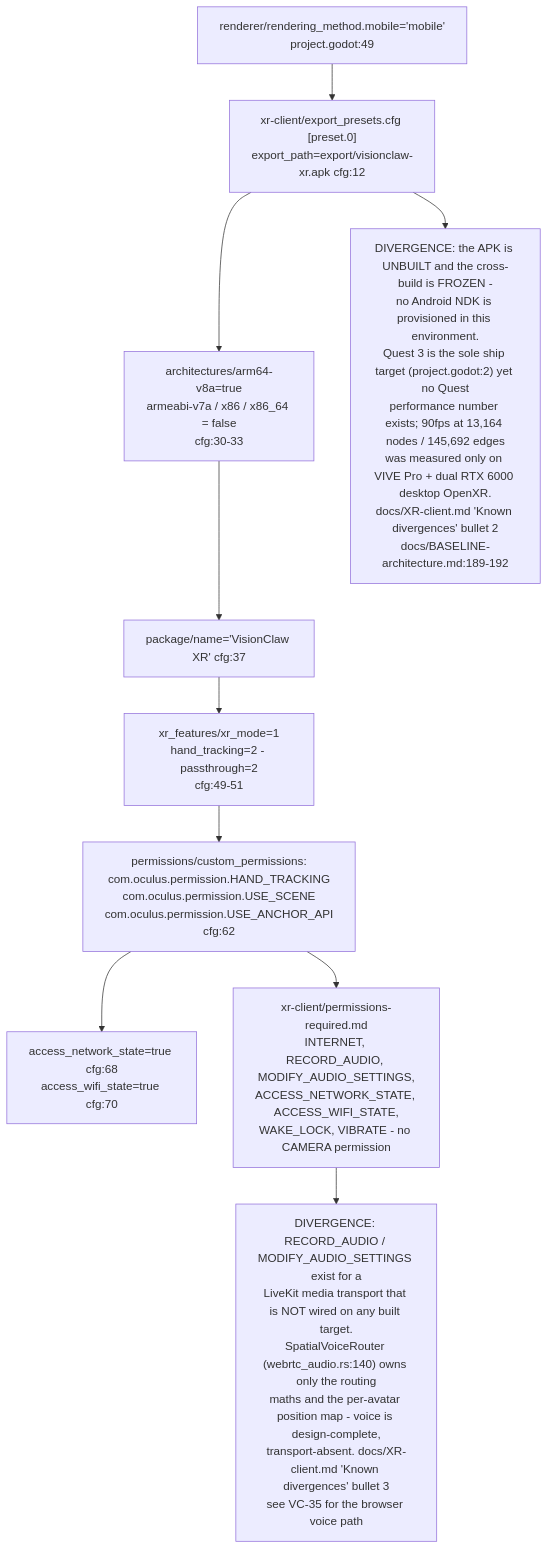
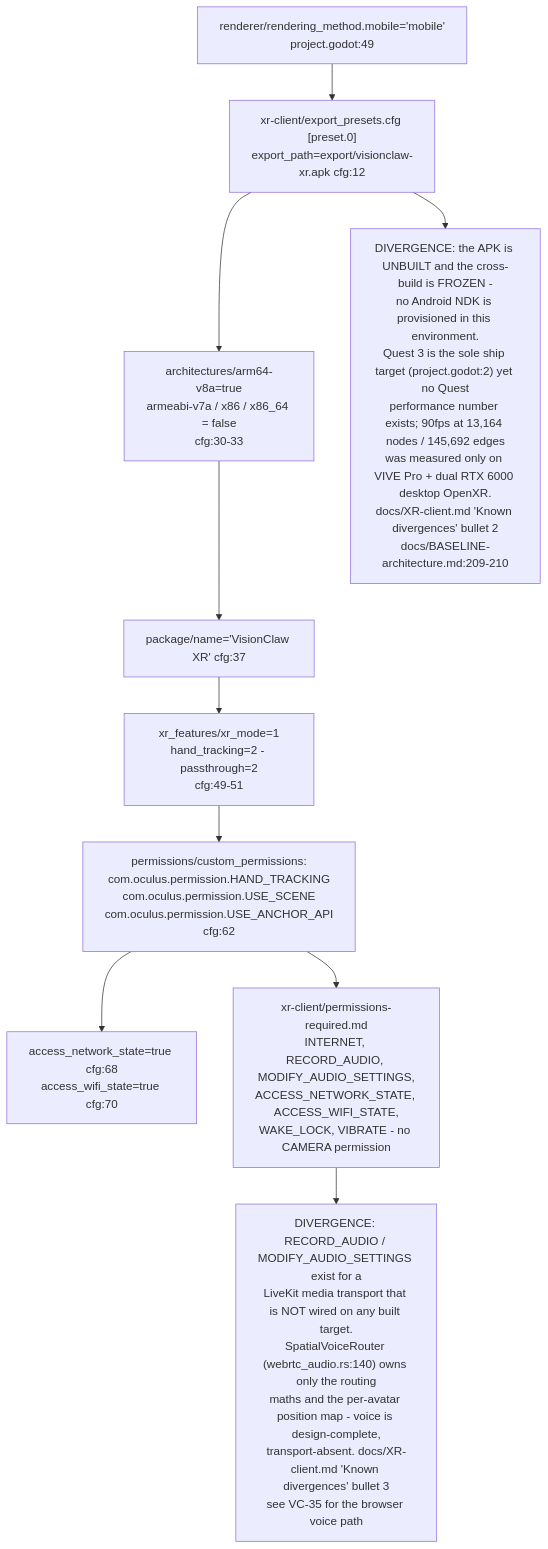
Diagram 17 of 19 in docs/diagrams/visionclaw/36-godot-xr-client.md (DreamLab-AI/VisionFlow), drawn with Mermaid before and after one commit. The commit also changed other lines of this file and 185 other files, not shown here.

Commit message:
docs(estate): reconcile diagrams and ADRs with source and define closeout sprint

````diff
--- a/docs/diagrams/visionclaw/36-godot-xr-client.md
+++ b/docs/diagrams/visionclaw/36-godot-xr-client.md
@@ -771,18 +773,18 @@
 ```mermaid
 flowchart TB
     EP["xr-client/export_presets.cfg [preset.0]<br/>export_path=export/visionclaw-xr.apk cfg:12"]
     AR["architectures/arm64-v8a=true<br/>armeabi-v7a / x86 / x86_64 = false<br/>cfg:30-33"]
     PK["package/name='VisionClaw XR' cfg:37"]
     XF["xr_features/xr_mode=1<br/>hand_tracking=2 - passthrough=2<br/>cfg:49-51"]
     CP["permissions/custom_permissions:<br/>com.oculus.permission.HAND_TRACKING<br/>com.oculus.permission.USE_SCENE<br/>com.oculus.permission.USE_ANCHOR_API<br/>cfg:62"]
     NP["access_network_state=true cfg:68<br/>access_wifi_state=true cfg:70"]
     PD["xr-client/permissions-required.md<br/>INTERNET, RECORD_AUDIO, MODIFY_AUDIO_SETTINGS,<br/>ACCESS_NETWORK_STATE, ACCESS_WIFI_STATE,<br/>WAKE_LOCK, VIBRATE - no CAMERA permission"]
     RM["renderer/rendering_method.mobile='mobile'<br/>project.godot:49"]
     EP --> AR --> PK --> XF --> CP --> NP
     CP --> PD
     RM --> EP
     EP --> D1
-    D1["DIVERGENCE: the APK is UNBUILT and the cross-build is FROZEN -<br/>no Android NDK is provisioned in this environment.<br/>Quest 3 is the sole ship target (project.godot:2) yet no Quest<br/>performance number exists; 90fps at 13,164 nodes / 145,692 edges<br/>was measured only on VIVE Pro + dual RTX 6000 desktop OpenXR.<br/>docs/XR-client.md 'Known divergences' bullet 2<br/>docs/BASELINE-architecture.md:189-192"]
+    D1["DIVERGENCE: the APK is UNBUILT and the cross-build is FROZEN -<br/>no Android NDK is provisioned in this environment.<br/>Quest 3 is the sole ship target (project.godot:2) yet no Quest<br/>performance number exists; 90fps at 13,164 nodes / 145,692 edges<br/>was measured only on VIVE Pro + dual RTX 6000 desktop OpenXR.<br/>docs/XR-client.md 'Known divergences' bullet 2<br/>docs/BASELINE-architecture.md:209-210"]
     PD --> D2
     D2["DIVERGENCE: RECORD_AUDIO / MODIFY_AUDIO_SETTINGS exist for a<br/>LiveKit media transport that is NOT wired on any built target.<br/>SpatialVoiceRouter (webrtc_audio.rs:140) owns only the routing<br/>maths and the per-avatar position map - voice is design-complete,<br/>transport-absent. docs/XR-client.md 'Known divergences' bullet 3<br/>see VC-35 for the browser voice path"]
 ```
````
